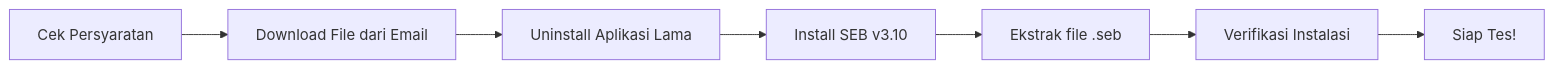
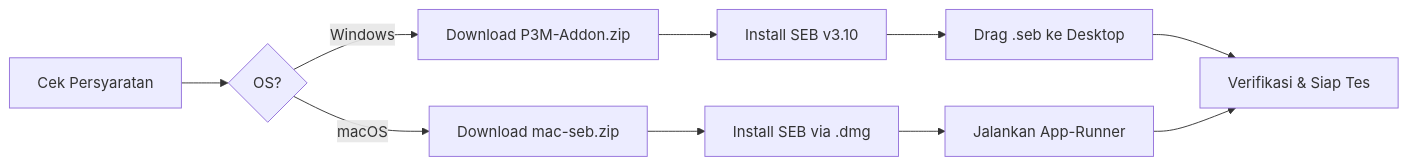
The diagram in docs/instalasi-seb/index.md (esaypsa/panduan_puspenkom), drawn with Mermaid before and after one commit. The commit also changed other lines of this file and 48 other files, not shown here.

Commit message:
macOS seb

````diff
--- a/docs/instalasi-seb/index.md
+++ b/docs/instalasi-seb/index.md
@@ -9,9 +9,12 @@
 ```mermaid
 flowchart LR
-    A[Cek Persyaratan] --> B[Download File dari Email]
-    B --> C[Uninstall Aplikasi Lama]
-    C --> D[Install SEB v3.10]
-    D --> E[Ekstrak file .seb]
-    E --> F[Verifikasi Instalasi]
-    F --> G[Siap Tes!]
+    A[Cek Persyaratan] --> B{OS?}
+    B -->|Windows| C[Download P3M-Addon.zip]
+    B -->|macOS| D[Download mac-seb.zip]
+    C --> E[Install SEB v3.10]
+    D --> F[Install SEB via .dmg]
+    E --> G[Drag .seb ke Desktop]
+    F --> H[Jalankan App-Runner]
+    G --> I[Verifikasi & Siap Tes]
+    H --> I
 ```
````
